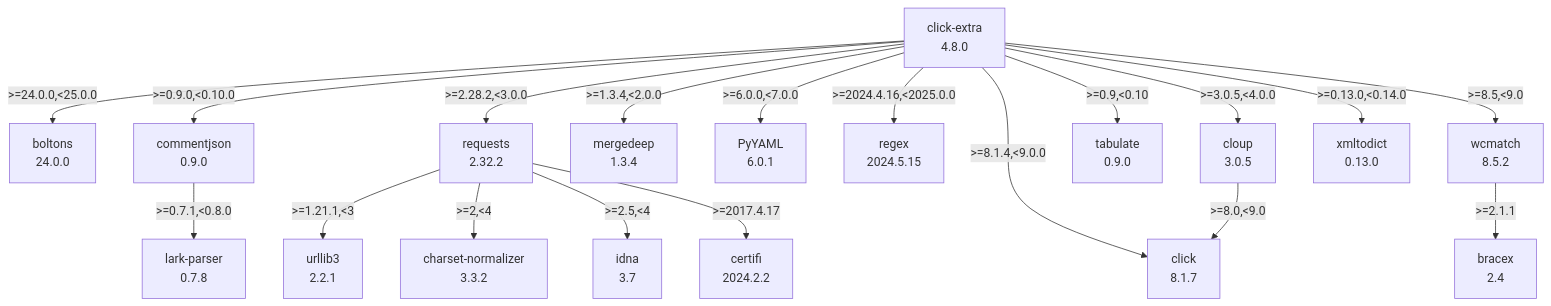
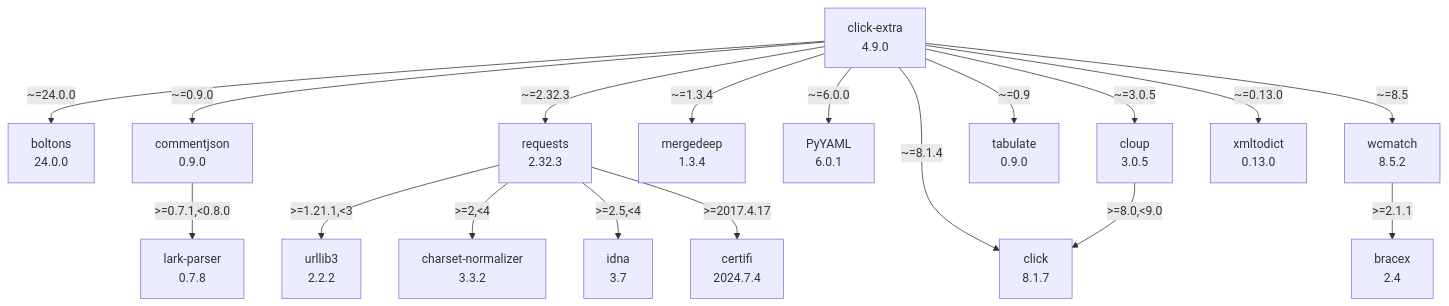
Before and after one commit to kdeldycke/click-extra: the diagram in docs/assets/dependencies.mmd, drawn with Mermaid.

Commit message:
[autofix] Regenerate dependency graph

```diff
--- a/docs/assets/dependencies.mmd
+++ b/docs/assets/dependencies.mmd
@@ -1,38 +1,36 @@
 flowchart TD
     classDef missing stroke-dasharray: 5
     boltons["boltons\n24.0.0"]
     bracex["bracex\n2.4"]
-    certifi["certifi\n2024.2.2"]
+    certifi["certifi\n2024.7.4"]
     charset-normalizer["charset-normalizer\n3.3.2"]
-    click-extra["click-extra\n4.8.0"]
+    click-extra["click-extra\n4.9.0"]
     click_0["click\n8.1.7"]
     cloup["cloup\n3.0.5"]
     commentjson["commentjson\n0.9.0"]
     idna["idna\n3.7"]
     lark-parser["lark-parser\n0.7.8"]
     mergedeep["mergedeep\n1.3.4"]
     pyyaml["PyYAML\n6.0.1"]
-    regex["regex\n2024.5.15"]
-    requests["requests\n2.32.2"]
+    requests["requests\n2.32.3"]
     tabulate["tabulate\n0.9.0"]
-    urllib3["urllib3\n2.2.1"]
+    urllib3["urllib3\n2.2.2"]
     wcmatch["wcmatch\n8.5.2"]
     xmltodict["xmltodict\n0.13.0"]
-    click-extra -- ">=0.13.0,<0.14.0" --> xmltodict
-    click-extra -- ">=0.9,<0.10" --> tabulate
-    click-extra -- ">=0.9.0,<0.10.0" --> commentjson
-    click-extra -- ">=1.3.4,<2.0.0" --> mergedeep
-    click-extra -- ">=2.28.2,<3.0.0" --> requests
-    click-extra -- ">=2024.4.16,<2025.0.0" --> regex
-    click-extra -- ">=24.0.0,<25.0.0" --> boltons
-    click-extra -- ">=3.0.5,<4.0.0" --> cloup
-    click-extra -- ">=6.0.0,<7.0.0" --> pyyaml
-    click-extra -- ">=8.1.4,<9.0.0" --> click_0
-    click-extra -- ">=8.5,<9.0" --> wcmatch
+    click-extra -- "~=0.13.0" --> xmltodict
+    click-extra -- "~=0.9" --> tabulate
+    click-extra -- "~=0.9.0" --> commentjson
+    click-extra -- "~=1.3.4" --> mergedeep
+    click-extra -- "~=2.32.3" --> requests
+    click-extra -- "~=24.0.0" --> boltons
+    click-extra -- "~=3.0.5" --> cloup
+    click-extra -- "~=6.0.0" --> pyyaml
+    click-extra -- "~=8.1.4" --> click_0
+    click-extra -- "~=8.5" --> wcmatch
     cloup -- ">=8.0,<9.0" --> click_0
     commentjson -- ">=0.7.1,<0.8.0" --> lark-parser
     requests -- ">=1.21.1,<3" --> urllib3
     requests -- ">=2,<4" --> charset-normalizer
     requests -- ">=2.5,<4" --> idna
     requests -- ">=2017.4.17" --> certifi
     wcmatch -- ">=2.1.1" --> bracex
```
